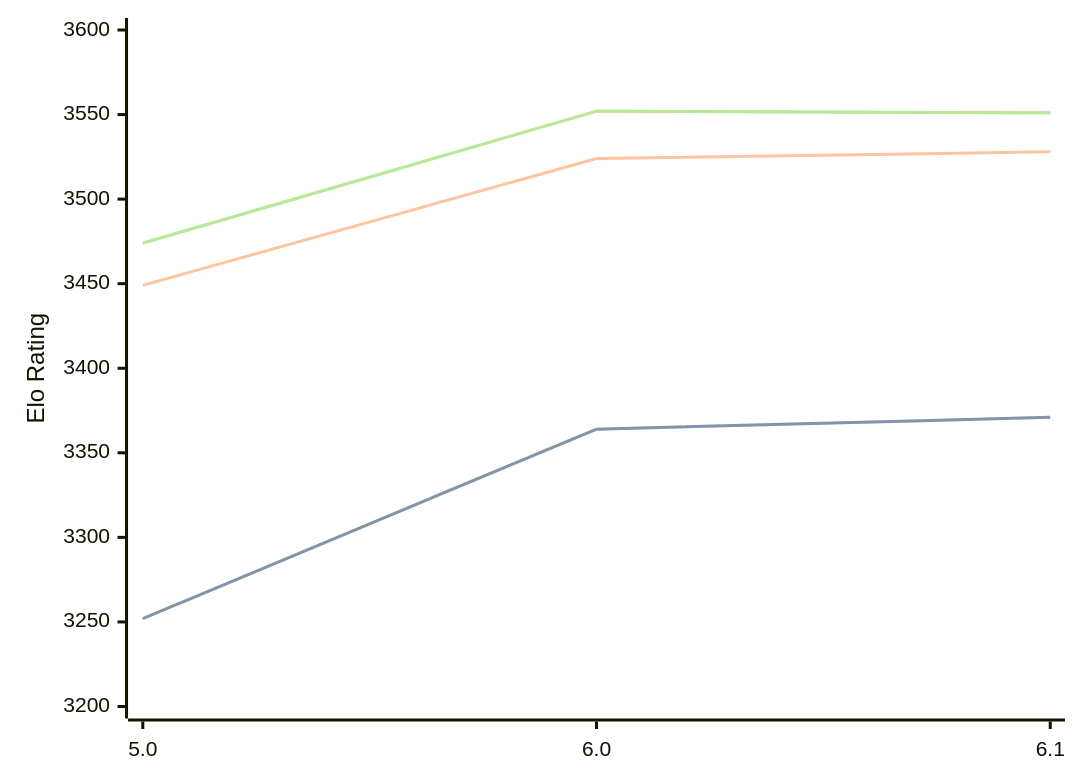
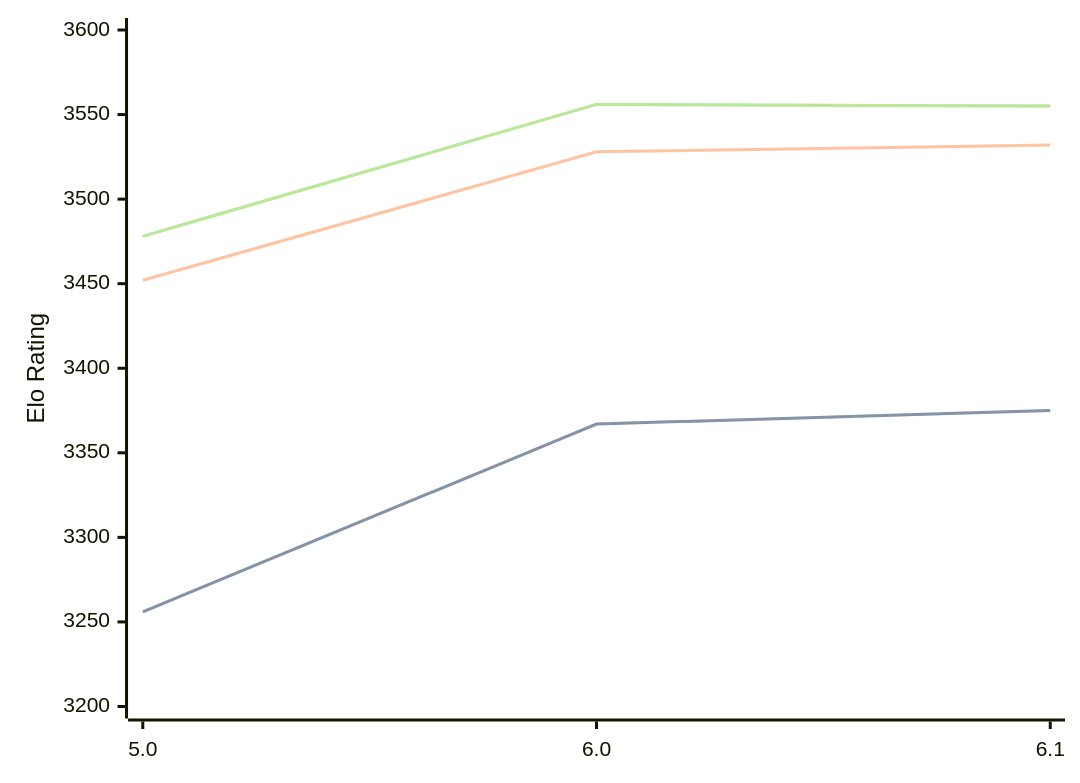
One commit to computer-chess-index/cci changed the diagram in engines/Starzix.md. Above: the diagram before and after it, drawn with Mermaid. The commit also changed other lines of this file, not shown here.

Commit message:
Update CCI Ratings (ELO VLTC) - 2026-05-02

````diff
--- a/engines/Starzix.md
+++ b/engines/Starzix.md
@@ -37,11 +37,11 @@
 ```mermaid
 %%{init: {"theme":"base","themeVariables":{"seriesColors:['#a3a3a3','#222221','#faa371']}}}%%
 xychart-beta
   x-axis ["5.0", "6.0", "6.1"]
   y-axis "Elo Rating" 3200 --> 3600
-  line "STC (8.0+0.08s)" [3252, 3364, 3371]
-  line "STC (8.0+0.08s)" [3252, 3364, 3371]
-  line "LTC (60.0+0.60s)" [3449, 3524, 3528]
-  line "VLTC (2m24s+1.12s)" [3474, 3552, 3551]
-  line "VLTC (2m24s+1.12s)" [3474, 3552, 3551]
+  line "STC (8.0+0.08s)" [3256, 3367, 3375]
+  line "STC (8.0+0.08s)" [3256, 3367, 3375]
+  line "LTC (60.0+0.60s)" [3452, 3528, 3532]
+  line "VLTC (2m24s+1.12s)" [3478, 3556, 3555]
+  line "VLTC (2m24s+1.12s)" [3478, 3556, 3555]
 ```
````
